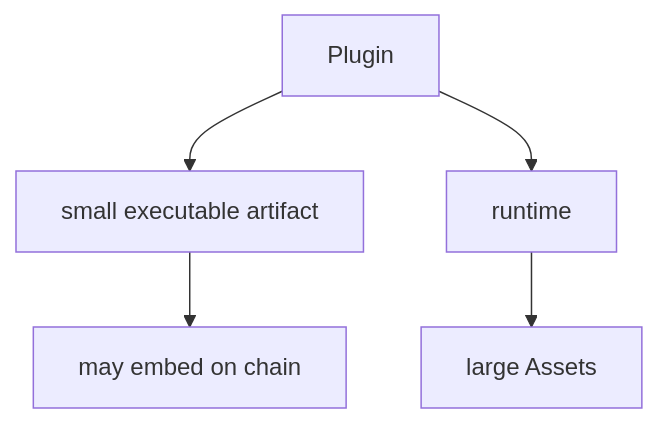
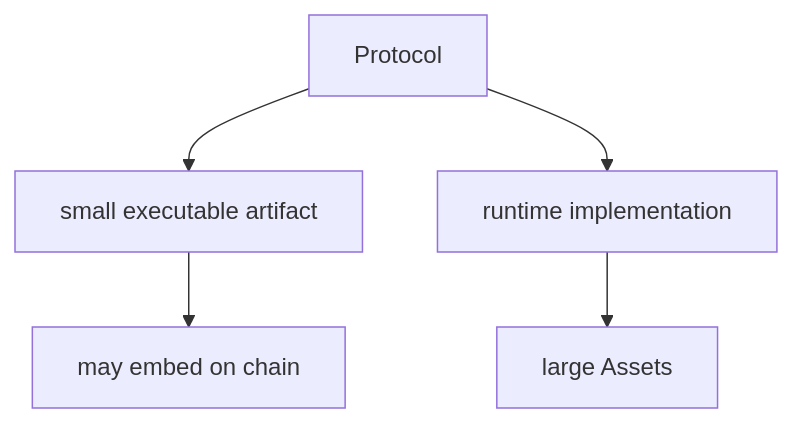
Before and after one commit to labourchain/core-plugins: the third of 3 diagrams in docs/architecture.md, drawn with Mermaid. The commit also changed other lines of this file and 38 other files, not shown here.

````diff
--- a/docs/architecture.md
+++ b/docs/architecture.md
@@ -112,7 +130,7 @@
 ```mermaid
 flowchart TB
-    P["Plugin"] --> A["small executable artifact"]
+    P["Protocol"] --> A["small executable artifact"]
     A --> Chain["may embed on chain"]
-    P --> Run["runtime"]
+    P --> Run["runtime implementation"]
     Run --> Asset["large Assets"]
 ```
````
